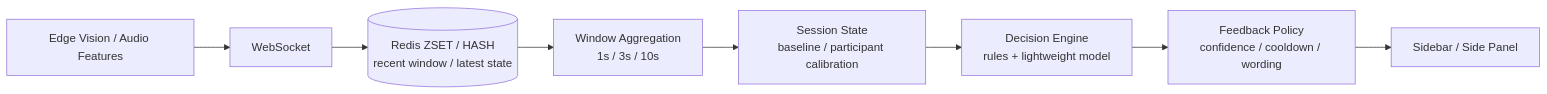
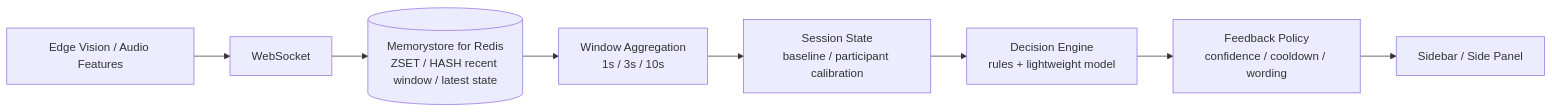
One commit to k-kanke/reaction-engine changed the fifth of 6 diagrams in plan/1st-plan.md. Above: the diagram before and after it, drawn with Mermaid. The commit also changed other lines of this file and 2 other files, not shown here.

````diff
--- a/plan/1st-plan.md
+++ b/plan/1st-plan.md
@@ -366,19 +367,19 @@
 ```mermaid
 flowchart LR
   edge["Edge Vision / Audio Features"]
   ws["WebSocket"]
-  recent[("Redis ZSET / HASH<br/>recent window / latest state")]
+  recent[("Memorystore for Redis<br/>ZSET / HASH recent window / latest state")]
   window["Window Aggregation<br/>1s / 3s / 10s"]
   state["Session State<br/>baseline / participant calibration"]
   decision["Decision Engine<br/>rules + lightweight model"]
   policy["Feedback Policy<br/>confidence / cooldown / wording"]
   ui["Sidebar / Side Panel"]
 
   edge --> ws
   ws --> recent
   recent --> window
   window --> state
   state --> decision
   decision --> policy
   policy --> ui
 ```
````
